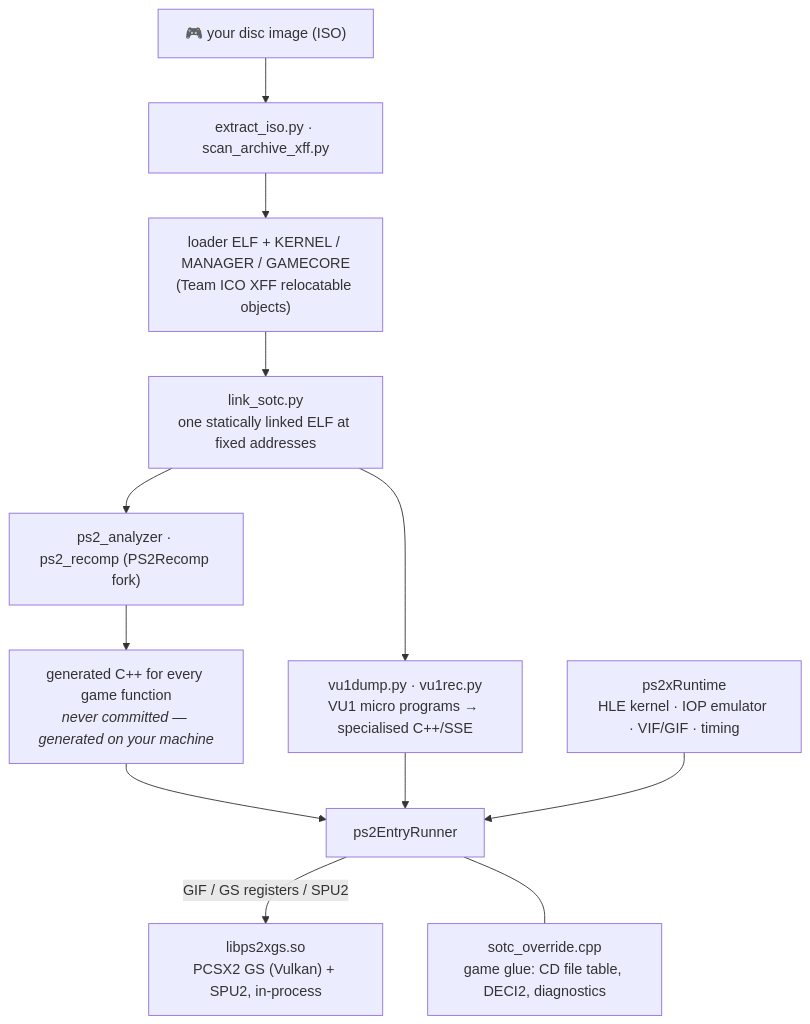
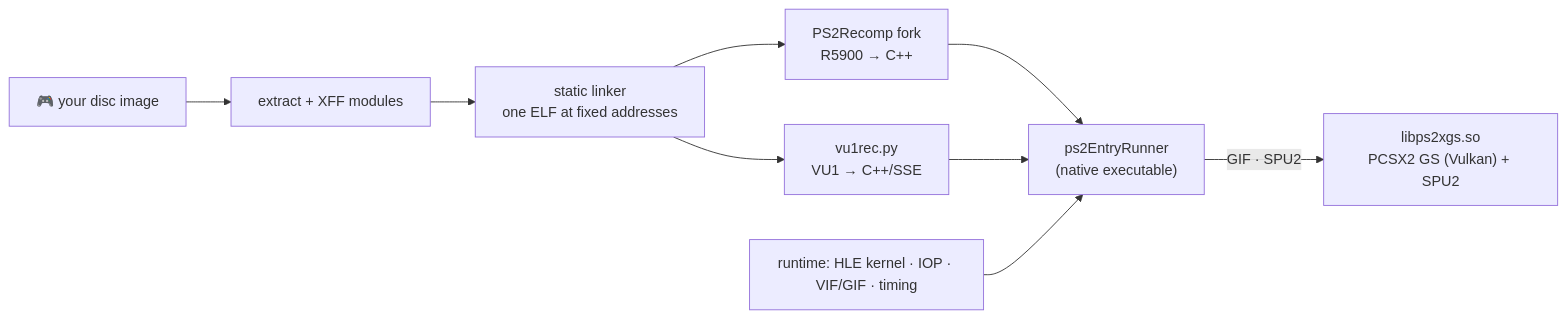
The diagram in README.md (Destinity13/SotC), drawn with Mermaid before and after one commit. The commit also changed other lines of this file and 15 other files, not shown here.

````diff
--- a/README.md
+++ b/README.md
@@ -155,14 +123,11 @@
 ```mermaid
-flowchart TD
-    ISO["🎮 your disc image (ISO)"] --> X["extract_iso.py · scan_archive_xff.py"]
-    X --> M["loader ELF + KERNEL / MANAGER / GAMECORE<br/>(Team ICO XFF relocatable objects)"]
-    M --> L["link_sotc.py<br/>one statically linked ELF at fixed addresses"]
-    L --> R["ps2_analyzer · ps2_recomp (PS2Recomp fork)"]
-    R --> G["generated C++ for every game function<br/><i>never committed — generated on your machine</i>"]
-    L --> V["vu1dump.py · vu1rec.py<br/>VU1 micro programs → specialised C++/SSE"]
-    G --> B["ps2EntryRunner"]
+flowchart LR
+    ISO["🎮 your disc image"] --> X["extract + XFF modules"]
+    X --> L["static linker<br/>one ELF at fixed addresses"]
+    L --> R["PS2Recomp fork<br/>R5900 → C++"]
+    L --> V["vu1rec.py<br/>VU1 → C++/SSE"]
+    R --> B["ps2EntryRunner<br/>(native executable)"]
     V --> B
-    RT["ps2xRuntime<br/>HLE kernel · IOP emulator · VIF/GIF · timing"] --> B
-    B -->|GIF / GS registers / SPU2| GS["libps2xgs.so<br/>PCSX2 GS (Vulkan) + SPU2, in-process"]
-    B --- O["sotc_override.cpp<br/>game glue: CD file table, DECI2, diagnostics"]
+    RT["runtime: HLE kernel · IOP · VIF/GIF · timing"] --> B
+    B -->|GIF · SPU2| GS["libps2xgs.so<br/>PCSX2 GS (Vulkan) + SPU2"]
 ```
````
